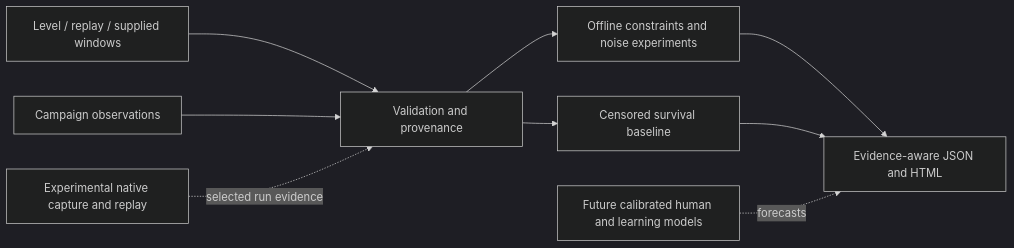
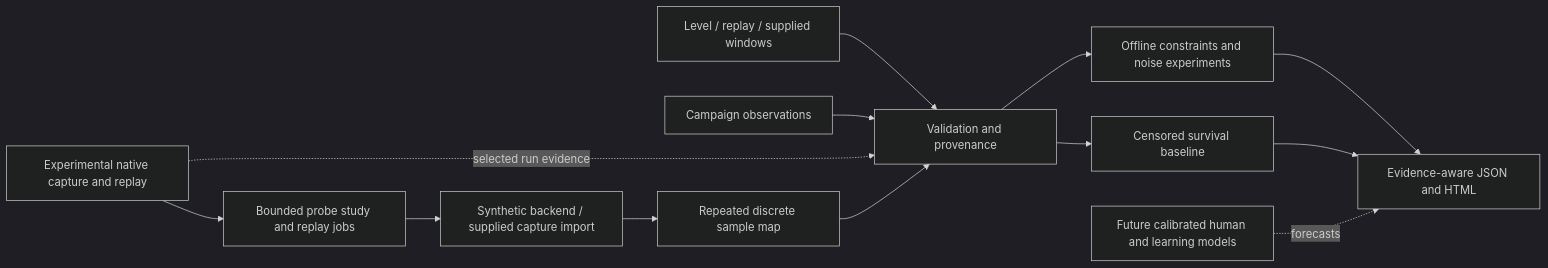
The diagram in docs/architecture.md (TheLitis/AXIOM), drawn with Mermaid (dark theme) before and after one commit. The commit also changed other lines of this file and 5 other files, not shown here.

Commit message:
Document M2 measurement architecture and runnable synthetic probe pipeline

````diff
--- a/docs/architecture.md
+++ b/docs/architecture.md
@@ -11,11 +13,15 @@
 ```mermaid
 flowchart LR
     A[Level / replay / supplied windows] --> B[Validation and provenance]
     C[Campaign observations] --> B
     B --> D[Offline constraints and noise experiments]
     B --> E[Censored survival baseline]
     D --> F[Evidence-aware JSON and HTML]
     E --> F
     G[Experimental native capture and replay] -. selected run evidence .-> B
+    G --> P[Bounded probe study and replay jobs]
+    P --> Q[Synthetic backend / supplied capture import]
+    Q --> T[Repeated discrete sample map]
+    T --> B
     H[Future calibrated human and learning models] -. forecasts .-> F
 ```
````
